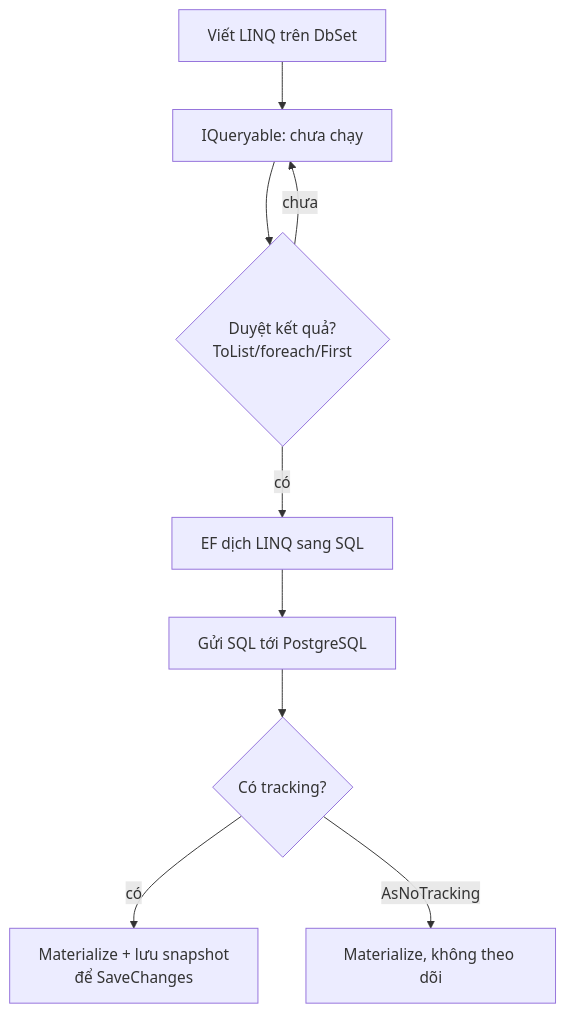
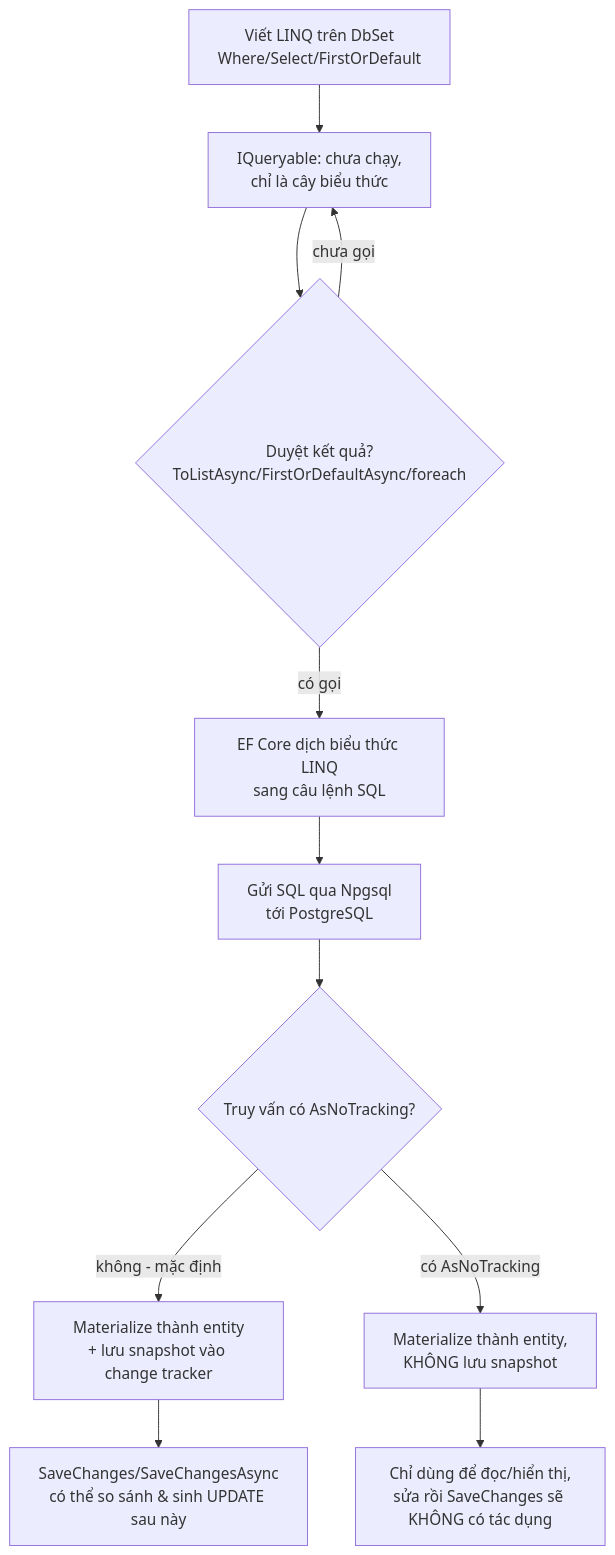
The diagram in docs/p2-du-lieu/ef-core.md (iamrealBi/learning-hub-v2), drawn with Mermaid before and after one commit. The commit also changed other lines of this file and 13 other files, not shown here.

First line of the commit message:
feat(P2): full Data track — SQL nen tang -> EF Core migration (11 chapters)

````diff
--- a/docs/p2-du-lieu/ef-core.md
+++ b/docs/p2-du-lieu/ef-core.md
@@ -53,11 +242,13 @@
 ```mermaid
 flowchart TD
-    A[Viết LINQ trên DbSet] --> B[IQueryable: chưa chạy]
-    B --> C{Duyệt kết quả?<br/>ToList/foreach/First}
-    C -->|chưa| B
-    C -->|có| D[EF dịch LINQ sang SQL]
-    D --> E[Gửi SQL tới PostgreSQL]
-    E --> F{Có tracking?}
-    F -->|có| G[Materialize + lưu snapshot<br/>để SaveChanges]
-    F -->|AsNoTracking| H[Materialize, không theo dõi]
+    A[Viết LINQ trên DbSet<br/>Where/Select/FirstOrDefault] --> B[IQueryable: chưa chạy,<br/>chỉ là cây biểu thức]
+    B --> C{Duyệt kết quả?<br/>ToListAsync/FirstOrDefaultAsync/foreach}
+    C -->|chưa gọi| B
+    C -->|có gọi| D[EF Core dịch biểu thức LINQ<br/>sang câu lệnh SQL]
+    D --> E[Gửi SQL qua Npgsql<br/>tới PostgreSQL]
+    E --> F{Truy vấn có AsNoTracking?}
+    F -->|không - mặc định| G[Materialize thành entity<br/>+ lưu snapshot vào change tracker]
+    F -->|có AsNoTracking| H[Materialize thành entity,<br/>KHÔNG lưu snapshot]
+    G --> I[SaveChanges/SaveChangesAsync<br/>có thể so sánh & sinh UPDATE sau này]
+    H --> J[Chỉ dùng để đọc/hiển thị,<br/>sửa rồi SaveChanges sẽ KHÔNG có tác dụng]
 ```
````
